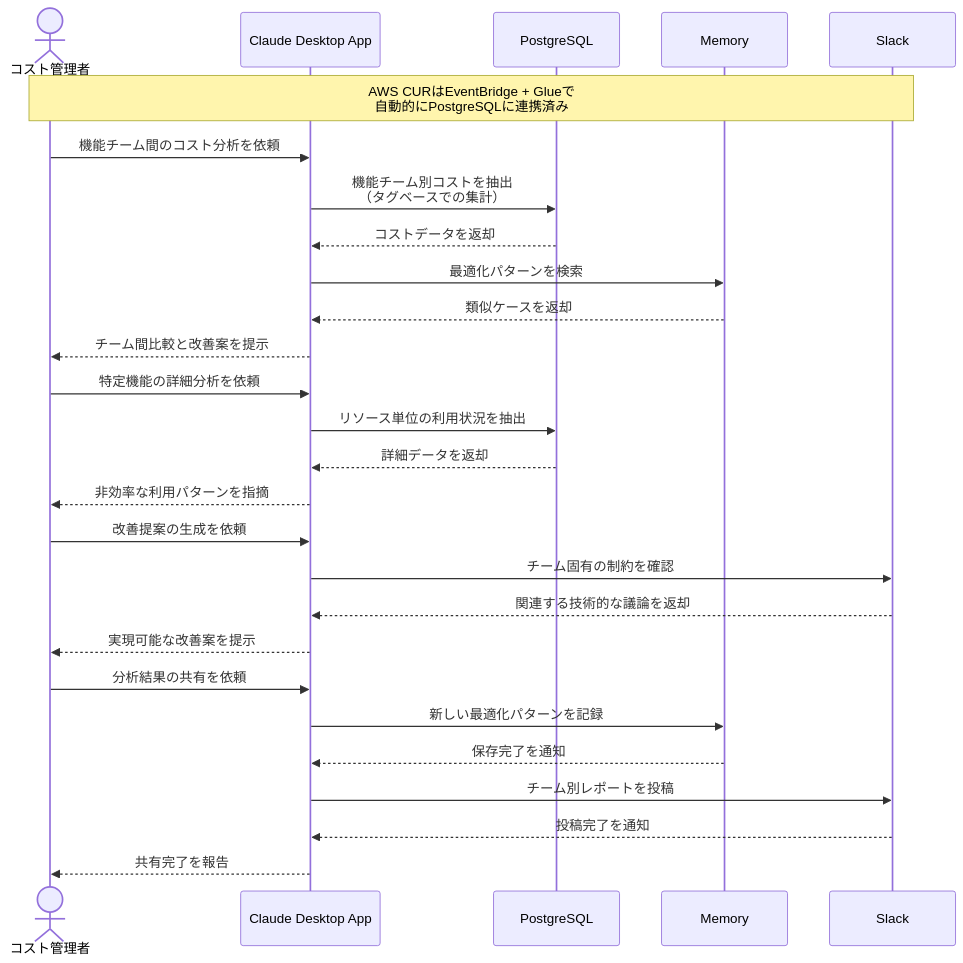
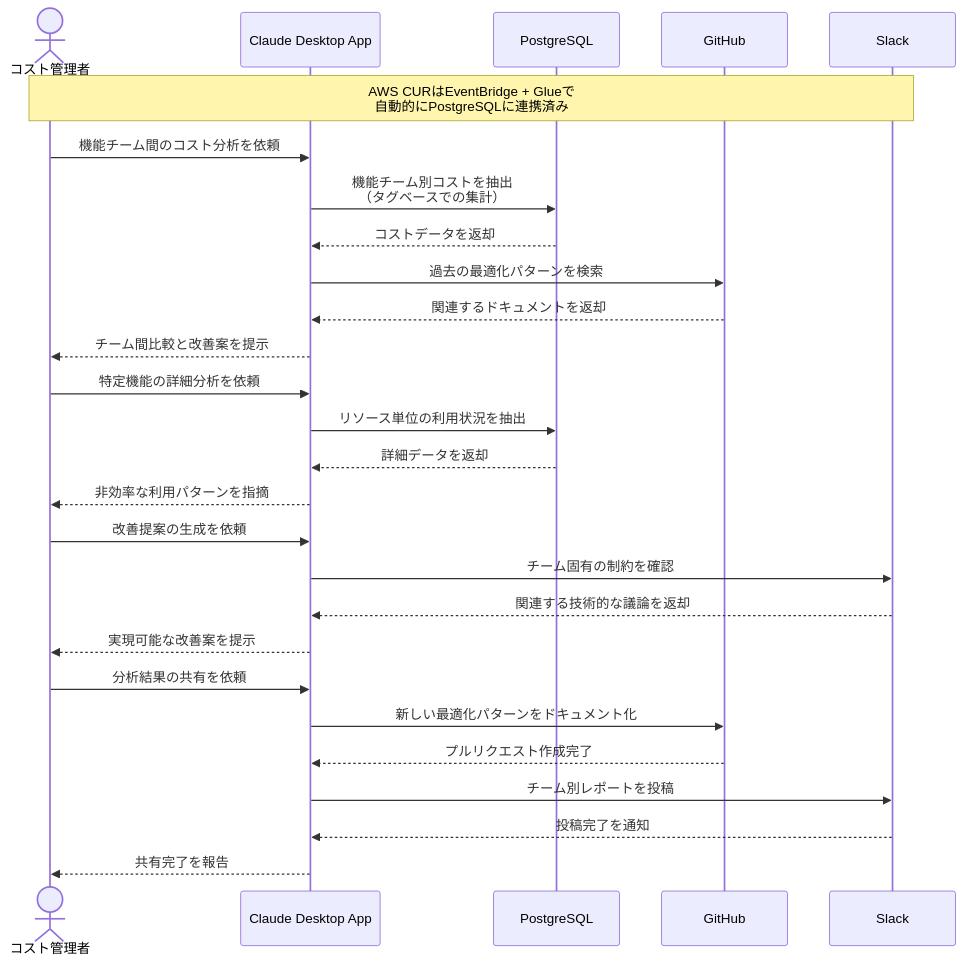
Before and after one commit to po-shu/mcp-100-ideas: the diagram in docs/02_エンジニア/クラウドコストの分析を自動化する.md, drawn with Mermaid. The commit also changed other lines of this file and 4 other files, not shown here.

````diff
--- a/docs/02_エンジニア/クラウドコストの分析を自動化する.md
+++ b/docs/02_エンジニア/クラウドコストの分析を自動化する.md
@@ -17,31 +17,31 @@
 ```mermaid
 sequenceDiagram
     actor User as コスト管理者
     participant CAP as Claude Desktop App
     participant DB as PostgreSQL
-    participant Memory as Memory
+    participant GH as GitHub
     participant Slack as Slack
     
     note over User,Slack: AWS CURはEventBridge + Glueで<br>自動的にPostgreSQLに連携済み
     
     User->>CAP: 機能チーム間のコスト分析を依頼
     CAP->>DB: 機能チーム別コストを抽出<br>（タグベースでの集計）
     DB-->>CAP: コストデータを返却
-    CAP->>Memory: 最適化パターンを検索
-    Memory-->>CAP: 類似ケースを返却
+    CAP->>GH: 過去の最適化パターンを検索
+    GH-->>CAP: 関連するドキュメントを返却
     CAP-->>User: チーム間比較と改善案を提示
     User->>CAP: 特定機能の詳細分析を依頼
     CAP->>DB: リソース単位の利用状況を抽出
     DB-->>CAP: 詳細データを返却
     CAP-->>User: 非効率な利用パターンを指摘
     User->>CAP: 改善提案の生成を依頼
     CAP->>Slack: チーム固有の制約を確認
     Slack-->>CAP: 関連する技術的な議論を返却
     CAP-->>User: 実現可能な改善案を提示
     User->>CAP: 分析結果の共有を依頼
-    CAP->>Memory: 新しい最適化パターンを記録
-    Memory-->>CAP: 保存完了を通知
+    CAP->>GH: 新しい最適化パターンをドキュメント化
+    GH-->>CAP: プルリクエスト作成完了
     CAP->>Slack: チーム別レポートを投稿
     Slack-->>CAP: 投稿完了を通知
     CAP-->>User: 共有完了を報告
 ```
````
